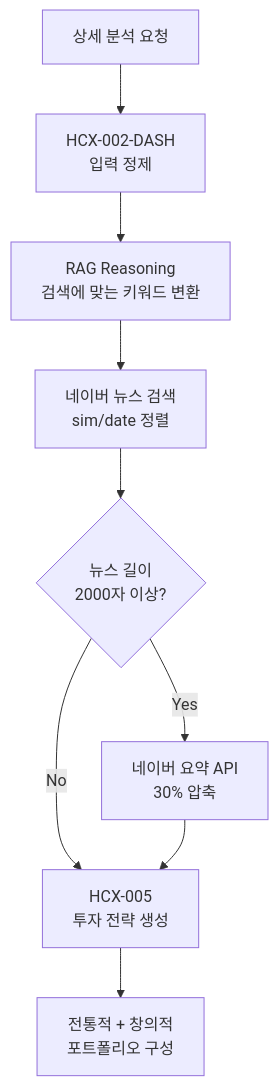
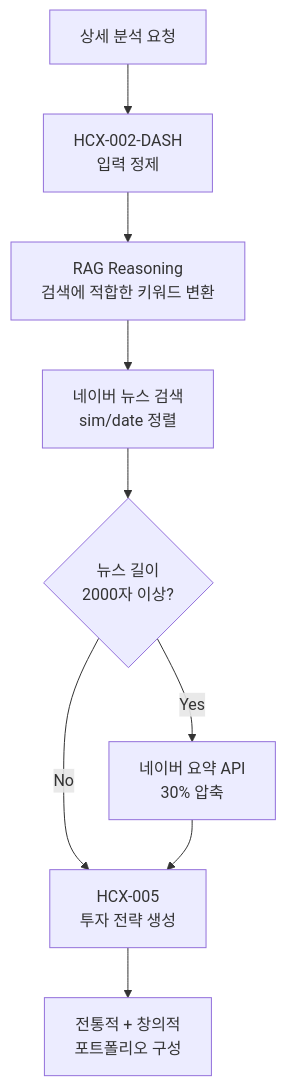
The second of 4 diagrams in README.md (Plokies-2/AIfestival), drawn with Mermaid before and after one commit. The commit also changed other lines of this file and 3 other files, not shown here.

````diff
--- a/README.md
+++ b/README.md
@@ -158,11 +158,11 @@
 ```mermaid
 graph TD
     A[상세 분석 요청] --> B[HCX-002-DASH<br/>입력 정제]
-    B --> C[RAG Reasoning<br/>검색에 맞는 키워드 변환]
+    B --> C[RAG Reasoning<br/>검색에 적합한 키워드 변환]
     C --> D[네이버 뉴스 검색<br/>sim/date 정렬]
     D --> E{뉴스 길이<br/>2000자 이상?}
     E -->|Yes| F[네이버 요약 API<br/>30% 압축]
     E -->|No| G[HCX-005<br/>투자 전략 생성]
     F --> G
     G --> H[전통적 + 창의적<br/>포트폴리오 구성]
 ```
````
